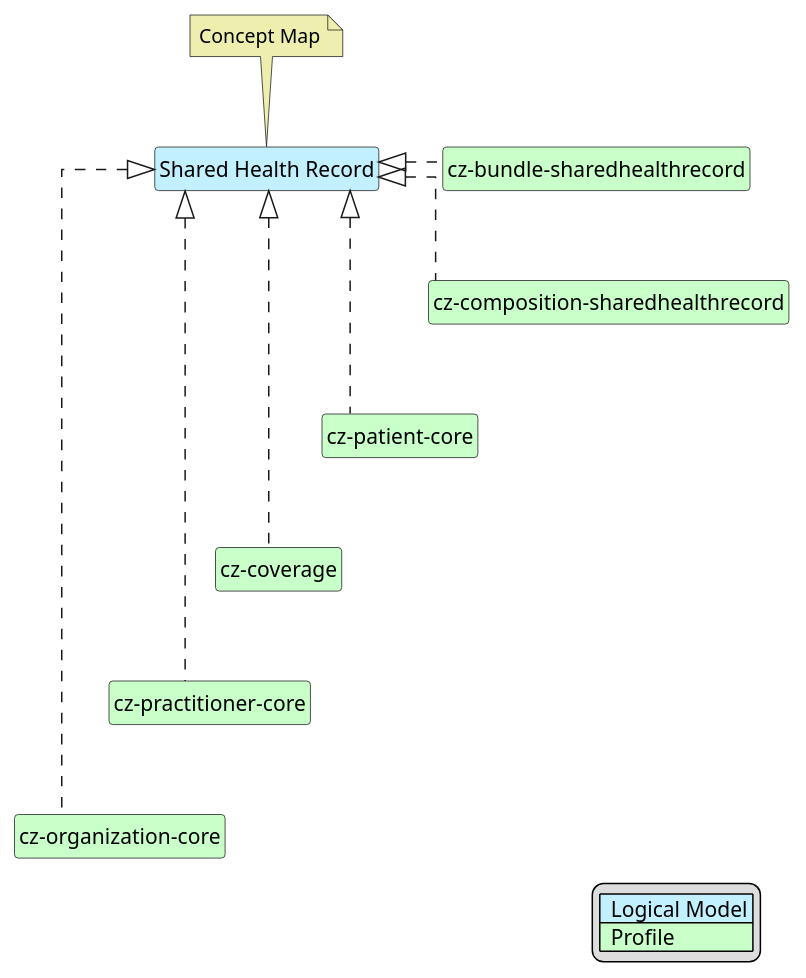
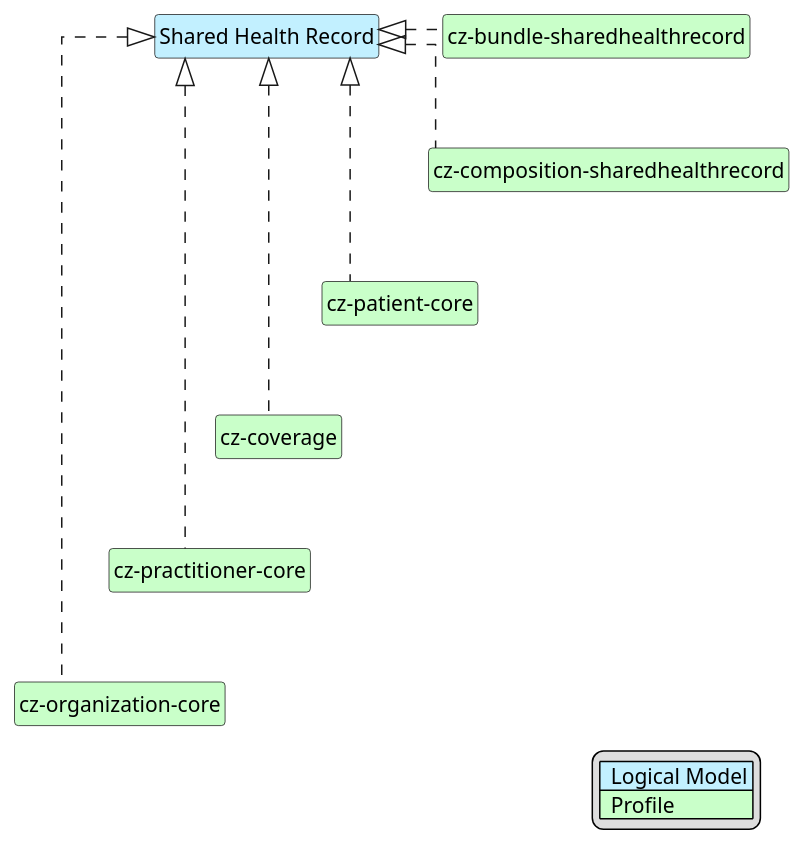
Before and after one commit to HL7-cz/szz: the diagram in input/images-source/szzHead-map.plantuml, drawn with PlantUML. The commit also changed 13 other files, not shown here.

```diff
--- a/input/images-source/szzHead-map.plantuml
+++ b/input/images-source/szzHead-map.plantuml
@@ -1,39 +1,36 @@
 @startuml
 hide circle
 hide stereotype
 hide members
 hide methods
 skinparam linetype ortho
 skinparam class {
 BackgroundColor<<LogicalModel>> #APPLICATION
 BackgroundColor<<Profile>> #TECHNOLOGY
 }
 legend right
 | <#APPLICATION>  Logical Model |
 | <#TECHNOLOGY>  Profile |
 endlegend
 class "Shared Health Record" <<LogicalModel>> [[StructureDefinition-HeaderSzzCz.html]]
-note top #EEEEAE [[ConceptMap-Header2FHIR-cz.html]]
-Concept Map
-endnote
 
 class "cz-organization-core" <<Profile>> [[https://build.fhir.org/ig/HL7-cz/cz-core/StructureDefinition-cz-organization-core.html]]
 class "cz-coverage" <<Profile>> [[https://build.fhir.org/ig/HL7-cz/cz-core/StructureDefinition-cz-coverage.html]]
 class "cz-patient-core" <<Profile>> [[https://build.fhir.org/ig/HL7-cz/cz-core/StructureDefinition-cz-patient-core.html]]
 class "cz-practitioner-core" <<Profile>> [[https://build.fhir.org/ig/HL7-cz/cz-core/StructureDefinition-cz-practitioner-core.html]]
 class "cz-bundle-sharedhealthrecord" <<Profile>> [[StructureDefinition-cz-bundle-sharedhealthrecord.html]]
 class "cz-composition-sharedhealthrecord" <<Profile>> [[StructureDefinition-cz-composition-sharedhealthrecord.html]]
 
 "Shared Health Record" <|. "cz-composition-sharedhealthrecord"
 "Shared Health Record" <|. "cz-bundle-sharedhealthrecord"
 "Shared Health Record" <|. "cz-patient-core"
 "Shared Health Record" <|. "cz-coverage"
 "Shared Health Record" <|. "cz-practitioner-core"
 "Shared Health Record" <|. "cz-organization-core"
 
 "cz-bundle-sharedhealthrecord" -d[hidden]-> "cz-composition-sharedhealthrecord"
 "cz-composition-sharedhealthrecord" -d[hidden]-> "cz-patient-core"
 "cz-patient-core" -d[hidden]-> "cz-coverage"
 "cz-coverage" -d[hidden]-> "cz-practitioner-core"
 "cz-practitioner-core" -d[hidden]-> "cz-organization-core"
 @enduml
```
